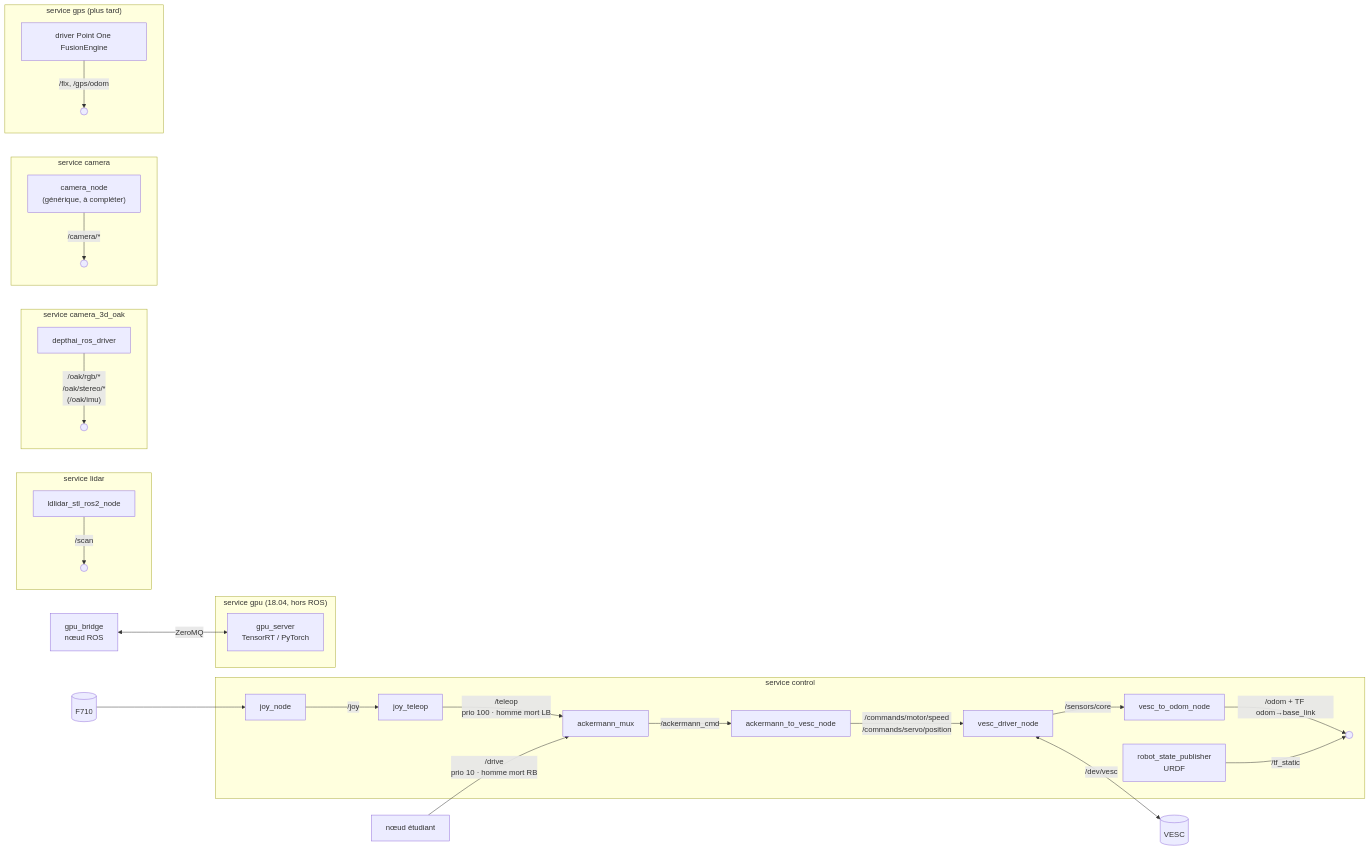
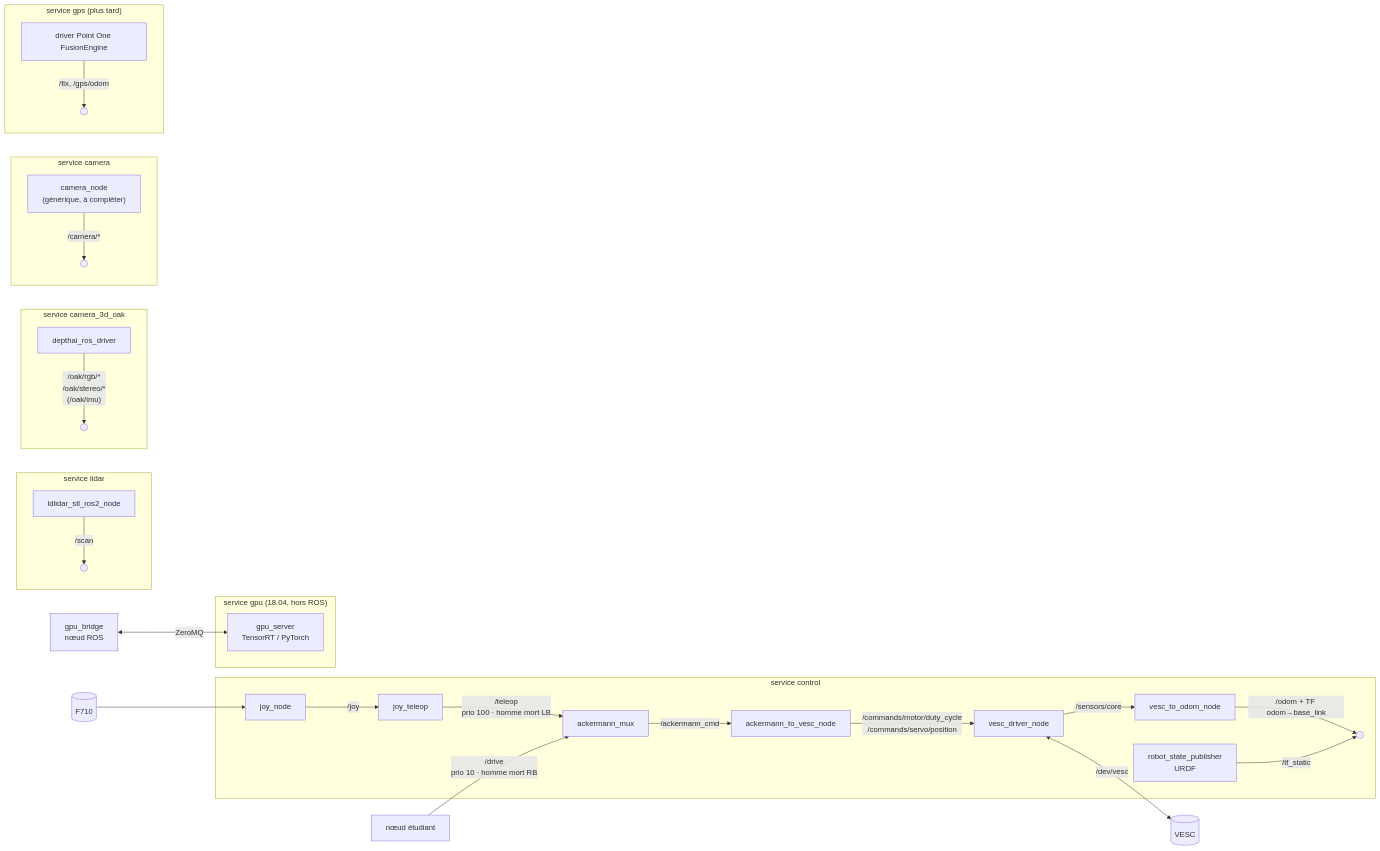
One commit to epitech-toulouse/robocar-2026 changed the diagram in ros2/docs/ROBOCAR_TO_DO_ROS2.md. Above: the diagram before and after it, drawn with Mermaid. The commit also changed other lines of this file and 17 other files, not shown here.

First line of the commit message:
refactor(ros2): VESC control to use duty cycle commands and improve safety mechanisms

````diff
--- a/ros2/docs/ROBOCAR_TO_DO_ROS2.md
+++ b/ros2/docs/ROBOCAR_TO_DO_ROS2.md
@@ -32,32 +34,32 @@
 ```mermaid
 flowchart LR
   subgraph control["service control"]
     JOY[joy_node] -->|/joy| JT[joy_teleop]
     JT -->|"/teleop<br/>prio 100 · homme mort LB"| MUX[ackermann_mux]
     MUX -->|/ackermann_cmd| A2V[ackermann_to_vesc_node]
-    A2V -->|"/commands/motor/speed<br/>/commands/servo/position"| VD[vesc_driver_node]
+    A2V -->|"/commands/motor/duty_cycle<br/>/commands/servo/position"| VD[vesc_driver_node]
     VD -->|/sensors/core| V2O[vesc_to_odom_node]
     V2O -->|"/odom + TF odom→base_link"| OUT(( ))
     RSP[robot_state_publisher<br/>URDF] -->|/tf_static| OUT
   end
   USER["nœud étudiant"] -->|"/drive<br/>prio 10 · homme mort RB"| MUX
   VD <-->|/dev/vesc| VESC[(VESC)]
   F710[(F710)] --> JOY
 
   subgraph lidar["service lidar"]
     LD[ldlidar_stl_ros2_node] -->|/scan| OUT2(( ))
   end
   subgraph oak["service camera_3d_oak"]
     OAK[depthai_ros_driver] -->|"/oak/rgb/*<br/>/oak/stereo/*<br/>(/oak/imu)"| OUT3(( ))
   end
   subgraph cam["service camera"]
     UC["camera_node<br/>(générique, à compléter)"] -->|/camera/*| OUT4(( ))
   end
   subgraph gps["service gps (plus tard)"]
     P1[driver Point One FusionEngine] -->|"/fix, /gps/odom"| OUT6(( ))
   end
   subgraph gpu["service gpu (18.04, hors ROS)"]
     SRV[gpu_server<br/>TensorRT / PyTorch]
   end
   BR[gpu_bridge<br/>nœud ROS] <-->|ZeroMQ| SRV
 ```
````
